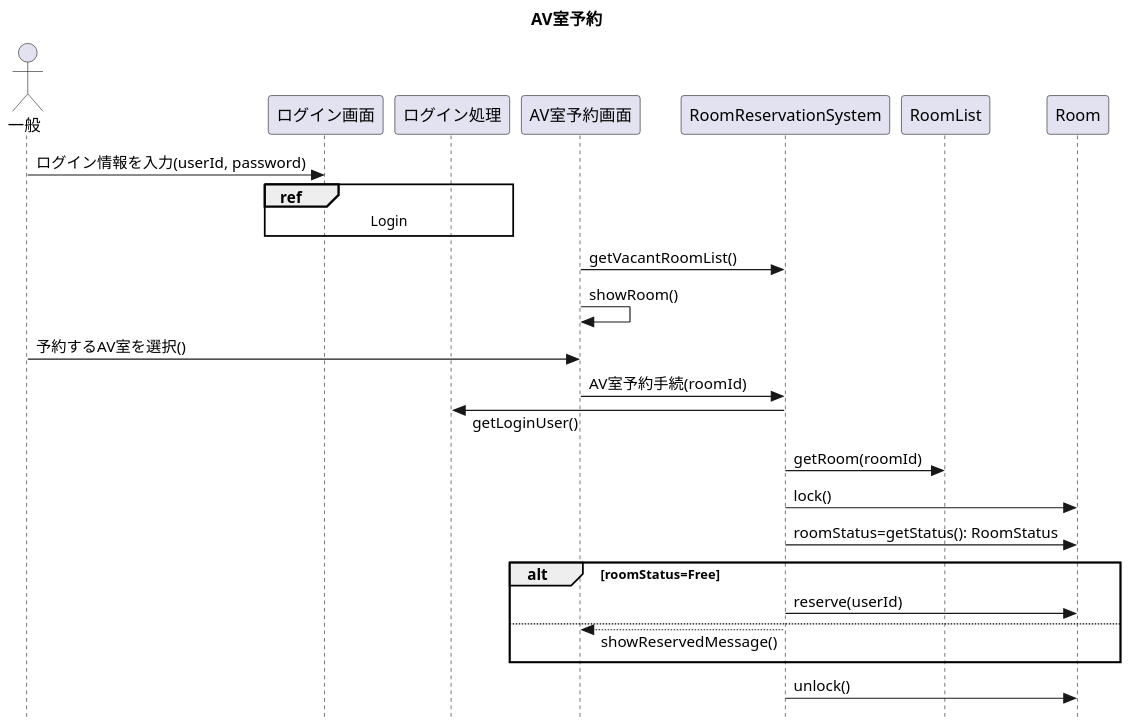
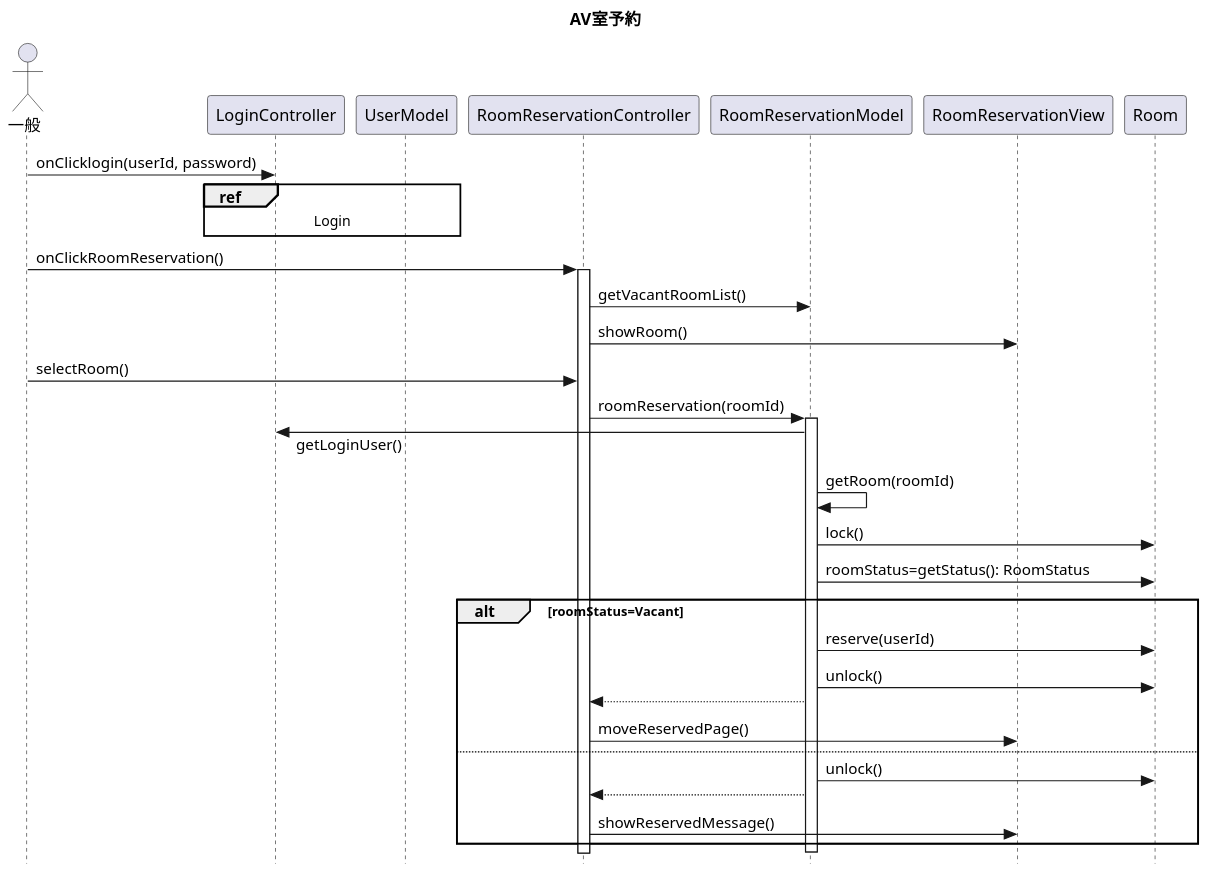
One commit to Romira915/AdvancedSoftwareEngineering3-Task changed the fifth of 7 diagrams in sequence.pu. Above: the diagram before and after it, drawn with PlantUML. The commit also changed other lines of this file and 1 other file, not shown here.

```diff
--- a/sequence.pu
+++ b/sequence.pu
@@ -148,34 +173,47 @@
 @startuml AV室予約
 
 title AV室予約
 skinparam dpi 150
 skinparam responseMessageBelowArrow true
 skinparam style strictuml
 
 actor 一般 as user
-participant ログイン画面 as LoginDisplay
-participant ログイン処理 as LoginProcess
-participant AV室予約画面 as RoomReservationDisplay
-participant RoomReservationSystem
+participant LoginController
+participant UserModel
+participant RoomReservationController
+participant RoomReservationModel
+participant RoomReservationView
 
-user -> LoginDisplay : ログイン情報を入力(userId, password)
-ref over LoginDisplay, LoginProcess : Login
+user -> LoginController : onClicklogin(userId, password)
+ref over UserModel, LoginController : Login
 
-RoomReservationDisplay -> RoomReservationSystem : getVacantRoomList()
-RoomReservationDisplay -> RoomReservationDisplay : showRoom()
+user -> RoomReservationController : onClickRoomReservation()
 
-user -> RoomReservationDisplay : 予約するAV室を選択()
-RoomReservationDisplay -> RoomReservationSystem : AV室予約手続(roomId)
-LoginProcess <- RoomReservationSystem : getLoginUser()
-RoomReservationSystem -> RoomList : getRoom(roomId)
+activate RoomReservationController
+RoomReservationController -> RoomReservationModel : getVacantRoomList()
+RoomReservationController -> RoomReservationView : showRoom()
 
-RoomReservationSystem -> Room : lock()
-RoomReservationSystem -> Room : roomStatus=getStatus(): RoomStatus
-alt roomStatus=Free
-    RoomReservationSystem -> Room : reserve(userId)
+user -> RoomReservationController : selectRoom()
+RoomReservationController -> RoomReservationModel : roomReservation(roomId)
+
+activate RoomReservationModel
+LoginController <- RoomReservationModel : getLoginUser()
+RoomReservationModel -> RoomReservationModel : getRoom(roomId)
+
+RoomReservationModel -> Room : lock()
+RoomReservationModel -> Room : roomStatus=getStatus(): RoomStatus
+alt roomStatus=Vacant
+    RoomReservationModel -> Room : reserve(userId)
+    RoomReservationModel -> Room : unlock()
+
+    RoomReservationController <-- RoomReservationModel
+    RoomReservationController -> RoomReservationView : moveReservedPage()
 else
-    RoomReservationDisplay <-- RoomReservationSystem : showReservedMessage()
+    RoomReservationModel -> Room : unlock()
+
+    RoomReservationController <-- RoomReservationModel
+    RoomReservationController -> RoomReservationView : showReservedMessage()
 end
-RoomReservationSystem -> Room : unlock()
+deactivate RoomReservationModel
 
 @enduml
```
